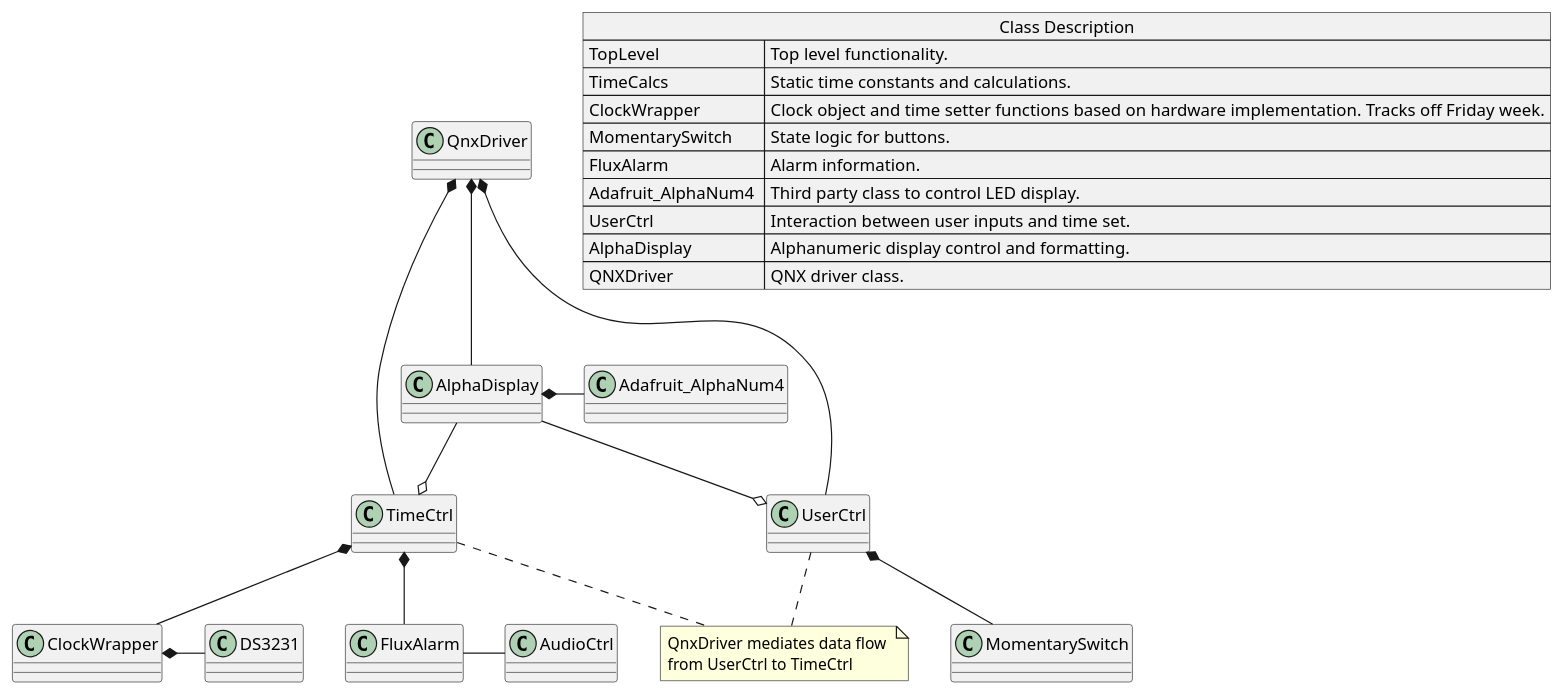
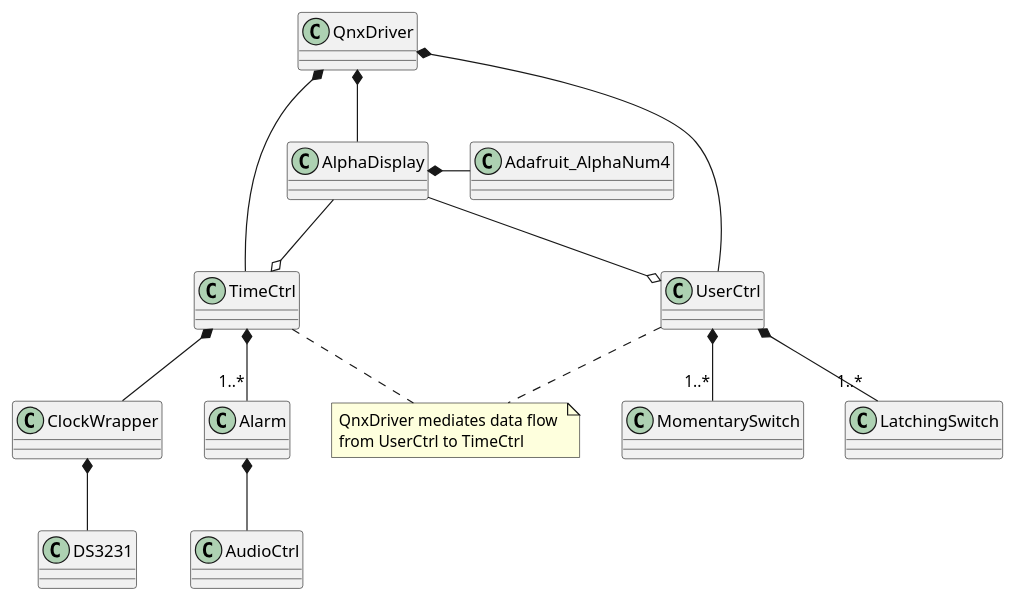
Before and after one commit to rebeccajennifer/nine-eighty-alarm: the diagram in docs/sw-arch/nine-eighty.puml, drawn with PlantUML. The commit also changed 10 other files, not shown here.

Commit message:
style: Added dark and light mode diagrams

```diff
--- a/docs/sw-arch/nine-eighty.puml
+++ b/docs/sw-arch/nine-eighty.puml
@@ -1,65 +1,50 @@
 @startuml
-
-''
-
-
 
 '_______________________________________________________________________
 ' Global params
 '_______________________________________________________________________
 
 
 '_______________________________________________________________________
 ' Legend
 '_______________________________________________________________________
 ' --|> Inheritance, child on top  e.g. ChildClass  --|> ParentClass
 ' <|-- Inheritance, parent on top e.g. ParentClass --|> ChildClass
 ' --   Association, need to communicate, no strong relationship
 ' -->  Directed Association, classA knows of classB, but not vice versa
 ' *--  Composition
 ' o--  Aggregation
 ' ..>  Dependency
 ' <|.. Realization
 '_______________________________________________________________________
 
 class QnxDriver
 class ClockWrapper
 class Adafruit_AlphaNum4
 class TimeCtrl
 class UserCtrl
-class FluxAlarm
+class Alarm
 class AlphaDisplay
 class AudioCtrl
 class MomentarySwitch
 
 QnxDriver     *-down- UserCtrl
 QnxDriver     *-down- TimeCtrl
 QnxDriver     *-down- AlphaDisplay
 TimeCtrl      o-up-   AlphaDisplay
 UserCtrl      o-up-   AlphaDisplay
 TimeCtrl      *-down- ClockWrapper
-TimeCtrl      *-down- FluxAlarm
-ClockWrapper  *-      DS3231
+TimeCtrl      *-down- "1..*" Alarm
+ClockWrapper  *-down- DS3231
+Alarm         *-down- AudioCtrl
+
 note "QnxDriver mediates data flow \nfrom UserCtrl to TimeCtrl" as Note0
 UserCtrl      ..      Note0
 TimeCtrl      ..      Note0
 
-UserCtrl      *-down- MomentarySwitch
-FluxAlarm     -       AudioCtrl
+UserCtrl      *-down- "1..*" MomentarySwitch
+UserCtrl      *-down- "1..*" LatchingSwitch
 
 AlphaDisplay   *- Adafruit_AlphaNum4
 
-'_______________________________________________________________________
-' Class descriptions
-json "Class Description" as class_desc {
-  "TopLevel           " : "Top level functionality."
-, "TimeCalcs          " : "Static time constants and calculations."
-, "ClockWrapper       " : "Clock object and time setter functions based on hardware implementation. Tracks off Friday week."
-, "MomentarySwitch    " : "State logic for buttons."
-, "FluxAlarm          " : "Alarm information."
-, "Adafruit_AlphaNum4 " : "Third party class to control LED display."
-, "UserCtrl           " : "Interaction between user inputs and time set."
-, "AlphaDisplay       " : "Alphanumeric display control and formatting."
-, "QNXDriver          " : "QNX driver class."
-}
 @enduml
```
